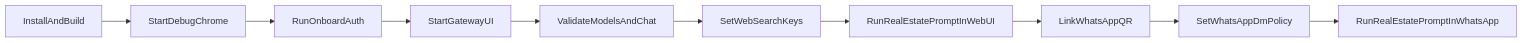
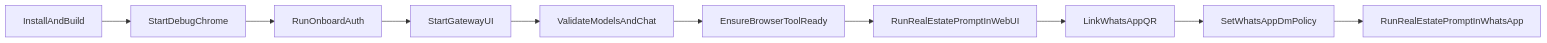
One commit to Z060049/openclaw_0 changed the diagram in .cursor/plans/end-to-end_run_checklist_f436a415.plan.md. Above: the diagram before and after it, drawn with Mermaid. The commit also changed other lines of this file and 17 other files, not shown here.

````diff
--- a/.cursor/plans/end-to-end_run_checklist_f436a415.plan.md
+++ b/.cursor/plans/end-to-end_run_checklist_f436a415.plan.md
@@ -110,12 +111,12 @@
 ```mermaid
 flowchart LR
 installBuild[InstallAndBuild] --> debugChrome[StartDebugChrome]
 debugChrome --> onboardProviders[RunOnboardAuth]
 onboardProviders --> startGateway[StartGatewayUI]
 startGateway --> validateModels[ValidateModelsAndChat]
-validateModels --> setSearchKeys[SetWebSearchKeys]
-setSearchKeys --> runWebUiPrompt[RunRealEstatePromptInWebUI]
+validateModels --> ensureBrowser[EnsureBrowserToolReady]
+ensureBrowser --> runWebUiPrompt[RunRealEstatePromptInWebUI]
 runWebUiPrompt --> linkWhatsApp[LinkWhatsAppQR]
 linkWhatsApp --> setDmPolicy[SetWhatsAppDmPolicy]
 setDmPolicy --> runWhatsAppPrompt[RunRealEstatePromptInWhatsApp]
 ```
````
